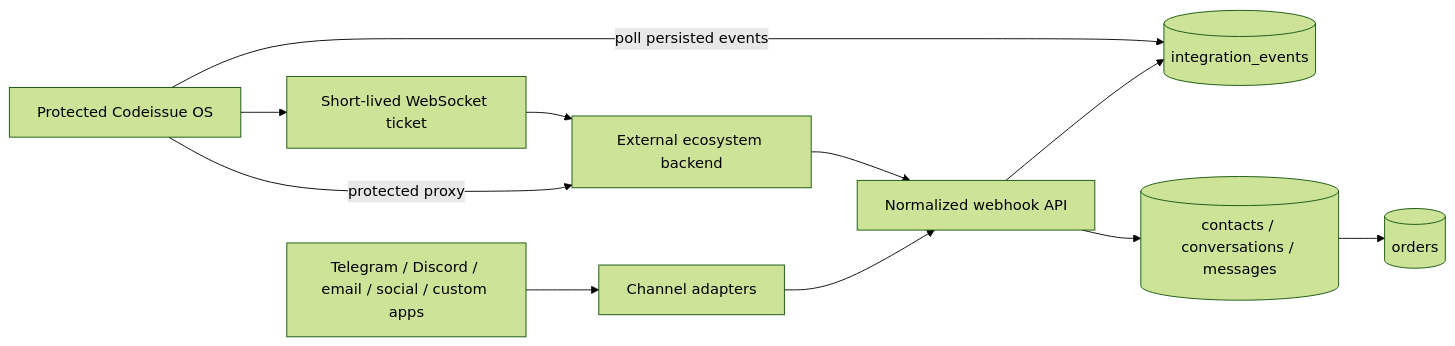
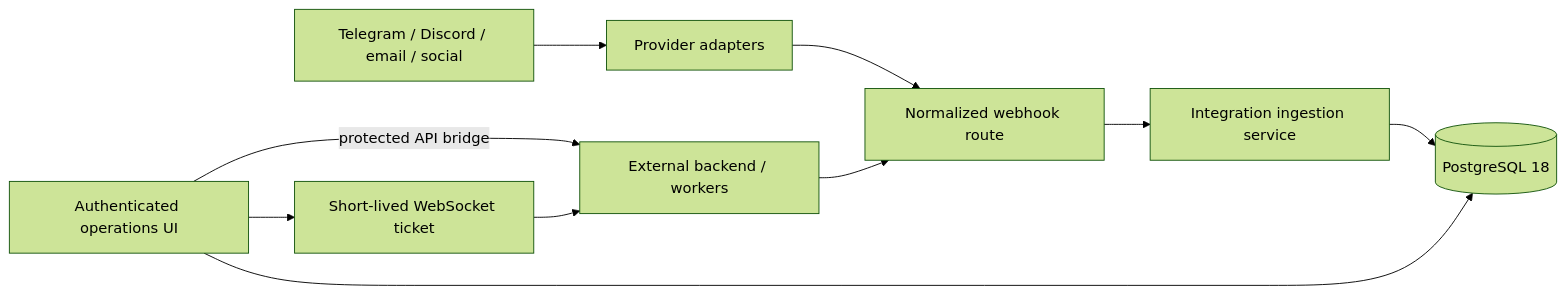
The diagram in docs/architecture.md (codeissue-dev/website), drawn with Mermaid (forest theme) before and after one commit. The commit also changed other lines of this file and 66 other files, not shown here.

Commit message:
refactor: migrate tests to typescript and modularize ecosystem architecture

````diff
--- a/docs/architecture.md
+++ b/docs/architecture.md
@@ -5,21 +5,17 @@
 ```mermaid
 flowchart LR
-  Channels[Telegram / Discord / email / social / custom apps]
-  Adapters[Channel adapters]
-  Webhook[Normalized webhook API]
-  Events[(integration_events)]
-  Inbox[(contacts / conversations / messages)]
-  Orders[(orders)]
-  Backend[External ecosystem backend]
-  Admin[Protected Codeissue OS]
+  Channels[Telegram / Discord / email / social]
+  Adapters[Provider adapters]
+  Webhook[Normalized webhook route]
+  Ingest[Integration ingestion service]
+  Postgres[(PostgreSQL 18)]
+  Admin[Authenticated operations UI]
+  Backend[External backend / workers]
   Socket[Short-lived WebSocket ticket]
 
-  Channels --> Adapters --> Webhook
-  Webhook --> Events
-  Webhook --> Inbox
-  Inbox --> Orders
+  Channels --> Adapters --> Webhook --> Ingest --> Postgres
+  Admin --> Postgres
+  Admin -->|protected API bridge| Backend
+  Admin --> Socket --> Backend
   Backend --> Webhook
-  Admin -->|protected proxy| Backend
-  Admin -->|poll persisted events| Events
-  Admin --> Socket --> Backend
 ```
````
